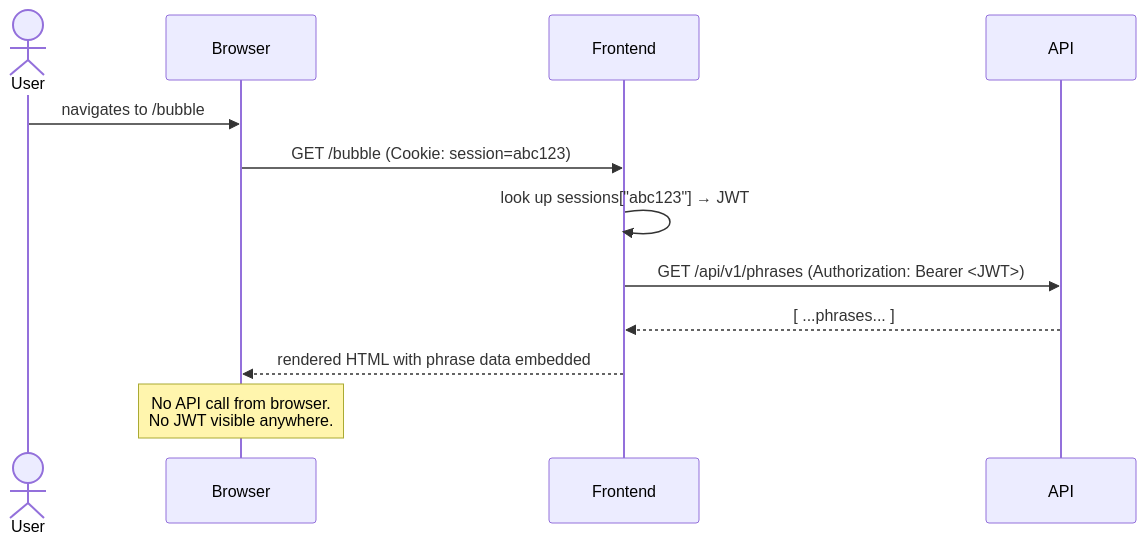
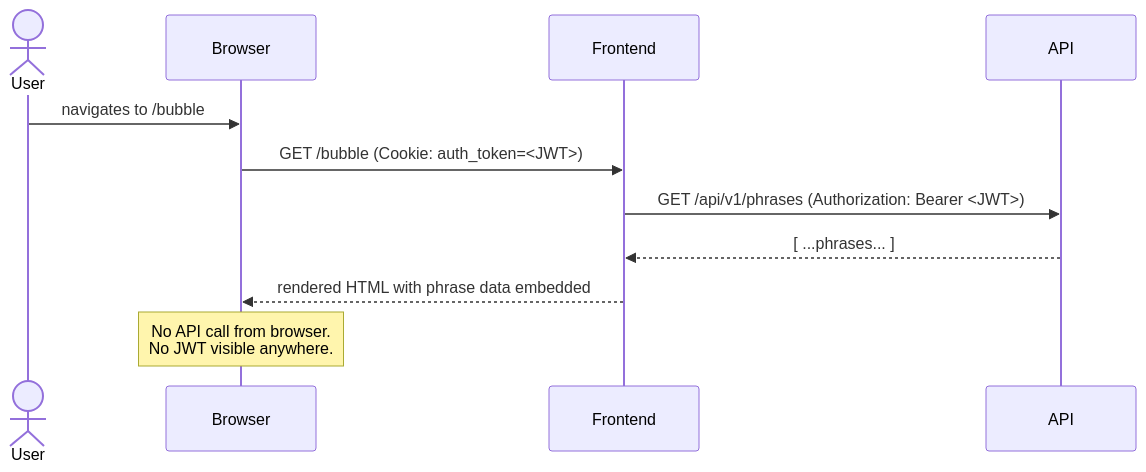
The second of 3 diagrams in docs/frontend-architecture.md (andreistefanciprian/phrasely), drawn with Mermaid before and after one commit. The commit also changed other lines of this file and 5 other files, not shown here.

Commit message:
Clean up legacy session model and document auth cookie tradeoffs

````diff
--- a/docs/frontend-architecture.md
+++ b/docs/frontend-architecture.md
@@ -61,15 +60,14 @@
 ```mermaid
 sequenceDiagram
     actor User
     participant Browser
     participant Frontend
     participant API
 
     User->>Browser: navigates to /bubble
-    Browser->>Frontend: GET /bubble (Cookie: session=abc123)
-    Frontend->>Frontend: look up sessions["abc123"] → JWT
+    Browser->>Frontend: GET /bubble (Cookie: auth_token=<JWT>)
     Frontend->>API: GET /api/v1/phrases (Authorization: Bearer <JWT>)
     API-->>Frontend: [ ...phrases... ]
     Frontend-->>Browser: rendered HTML with phrase data embedded
     Note over Browser: No API call from browser.<br/>No JWT visible anywhere.
 ```
````
